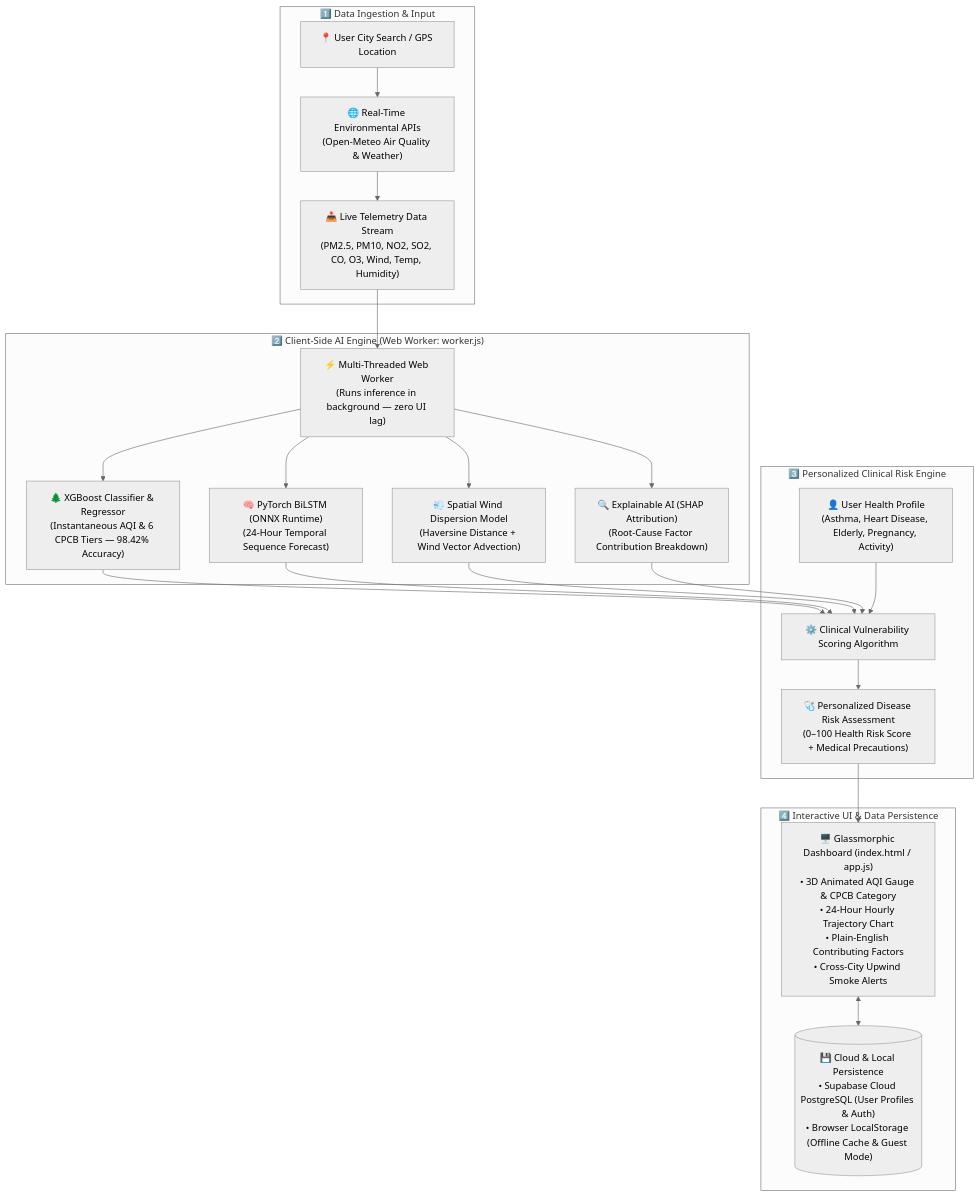
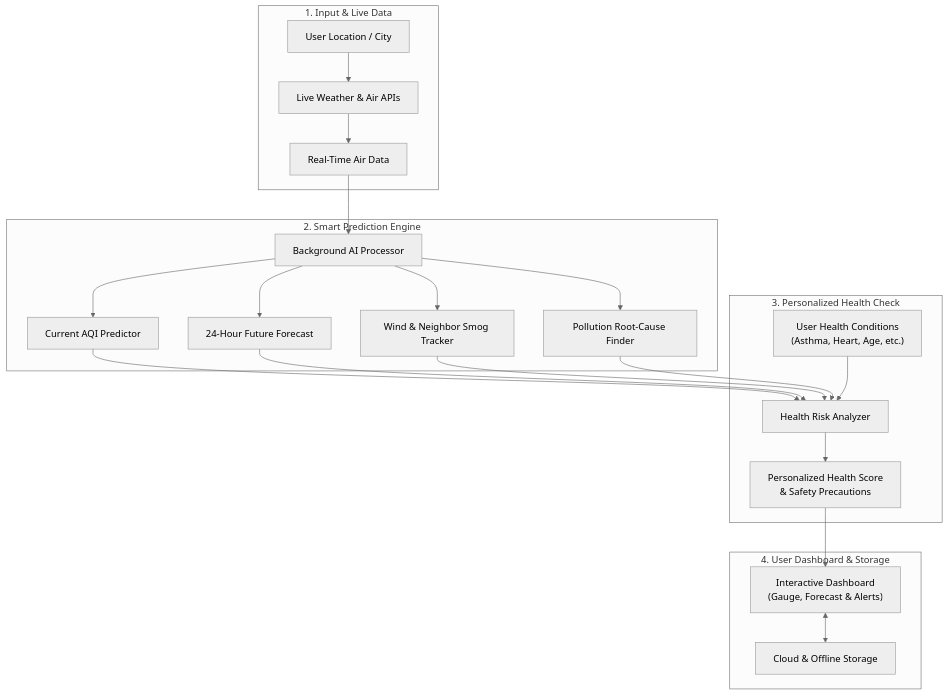
One commit to srirajpillai/AQI-Prediction changed the diagram in README.md. Above: the diagram before and after it, drawn with Mermaid (neutral theme). The commit also changed other lines of this file, not shown here.

Commit message:
Simplify architecture diagram for non-technical audience and fix node text truncation

````diff
--- a/README.md
+++ b/README.md
@@ -55,30 +55,30 @@
 ```mermaid
 flowchart TD
-    %% Stage 1: Ingestion
-    subgraph Stage1 ["1️⃣ Data Ingestion & Input"]
-        A["📍 User City Search / GPS Location"] --> B["🌐 Real-Time Environmental APIs<br/>(Open-Meteo Air Quality & Weather)"]
-        B --> C["📥 Live Telemetry Data Stream<br/>(PM2.5, PM10, NO2, SO2, CO, O3, Wind, Temp, Humidity)"]
+    %% Step 1: Input & Data
+    subgraph Step1 ["1. Input & Live Data"]
+        A["User Location / City"] --> B["Live Weather & Air APIs"]
+        B --> C["Real-Time Air Data"]
     end
 
-    %% Stage 2: Web Worker AI Engine
-    subgraph Stage2 ["2️⃣ Client-Side AI Engine (Web Worker: worker.js)"]
-        C --> D["⚡ Multi-Threaded Web Worker<br/>(Runs inference in background — zero UI lag)"]
-        D --> M1["🌲 XGBoost Classifier & Regressor<br/>(Instantaneous AQI & 6 CPCB Tiers — 98.42% Accuracy)"]
-        D --> M2["🧠 PyTorch BiLSTM (ONNX Runtime)<br/>(24-Hour Temporal Sequence Forecast)"]
-        D --> M3["💨 Spatial Wind Dispersion Model<br/>(Haversine Distance + Wind Vector Advection)"]
-        D --> M4["🔍 Explainable AI (SHAP Attribution)<br/>(Root-Cause Factor Contribution Breakdown)"]
+    %% Step 2: Smart AI Engine
+    subgraph Step2 ["2. Smart Prediction Engine"]
+        C --> D["Background AI Processor"]
+        D --> M1["Current AQI Predictor"]
+        D --> M2["24-Hour Future Forecast"]
+        D --> M3["Wind & Neighbor Smog Tracker"]
+        D --> M4["Pollution Root-Cause Finder"]
     end
 
-    %% Stage 3: Health Engine
-    subgraph Stage3 ["3️⃣ Personalized Clinical Risk Engine"]
-        M1 & M2 & M3 & M4 --> H1["⚙️ Clinical Vulnerability Scoring Algorithm"]
-        Profile["👤 User Health Profile<br/>(Asthma, Heart Disease, Elderly, Pregnancy, Activity)"] --> H1
-        H1 --> H2["🩺 Personalized Disease Risk Assessment<br/>(0–100 Health Risk Score + Medical Precautions)"]
+    %% Step 3: Health Engine
+    subgraph Step3 ["3. Personalized Health Check"]
+        M1 & M2 & M3 & M4 --> H1["Health Risk Analyzer"]
+        UserHealth["User Health Conditions<br/>(Asthma, Heart, Age, etc.)"] --> H1
+        H1 --> H2["Personalized Health Score<br/>& Safety Precautions"]
     end
 
-    %% Stage 4: Dashboard & Storage
-    subgraph Stage4 ["4️⃣ Interactive UI & Data Persistence"]
-        H2 --> UI["🖥️ Glassmorphic Dashboard (index.html / app.js)<br/>• 3D Animated AQI Gauge & CPCB Category<br/>• 24-Hour Hourly Trajectory Chart<br/>• Plain-English Contributing Factors<br/>• Cross-City Upwind Smoke Alerts"]
-        UI <--> DB[("💾 Cloud & Local Persistence<br/>• Supabase Cloud PostgreSQL (User Profiles & Auth)<br/>• Browser LocalStorage (Offline Cache & Guest Mode)")]
+    %% Step 4: Dashboard & Storage
+    subgraph Step4 ["4. User Dashboard & Storage"]
+        H2 --> UI["Interactive Dashboard<br/>(Gauge, Forecast & Alerts)"]
+        UI <--> Storage["Cloud & Offline Storage"]
     end
 ```
````
